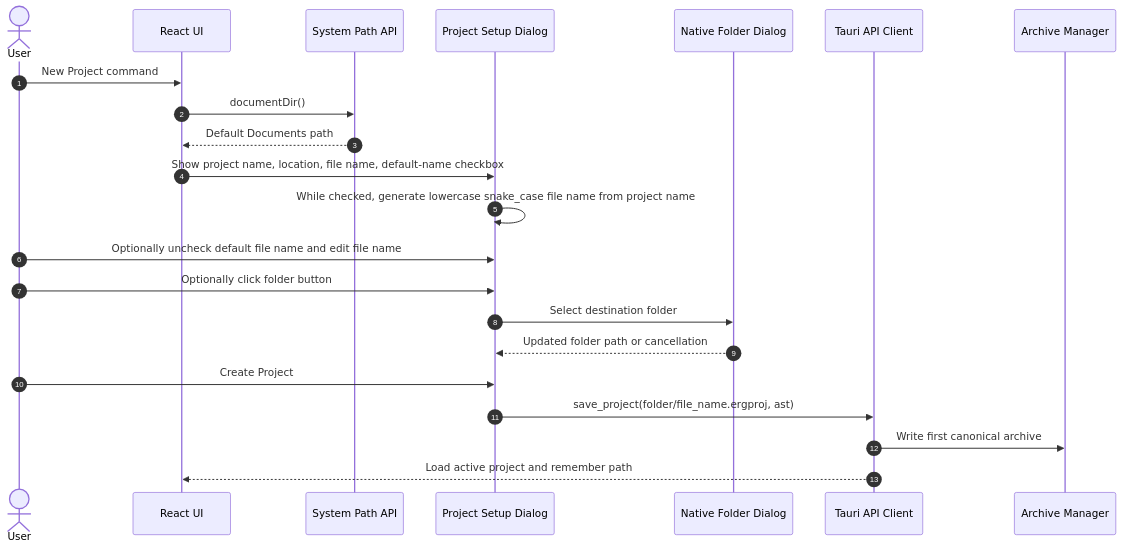
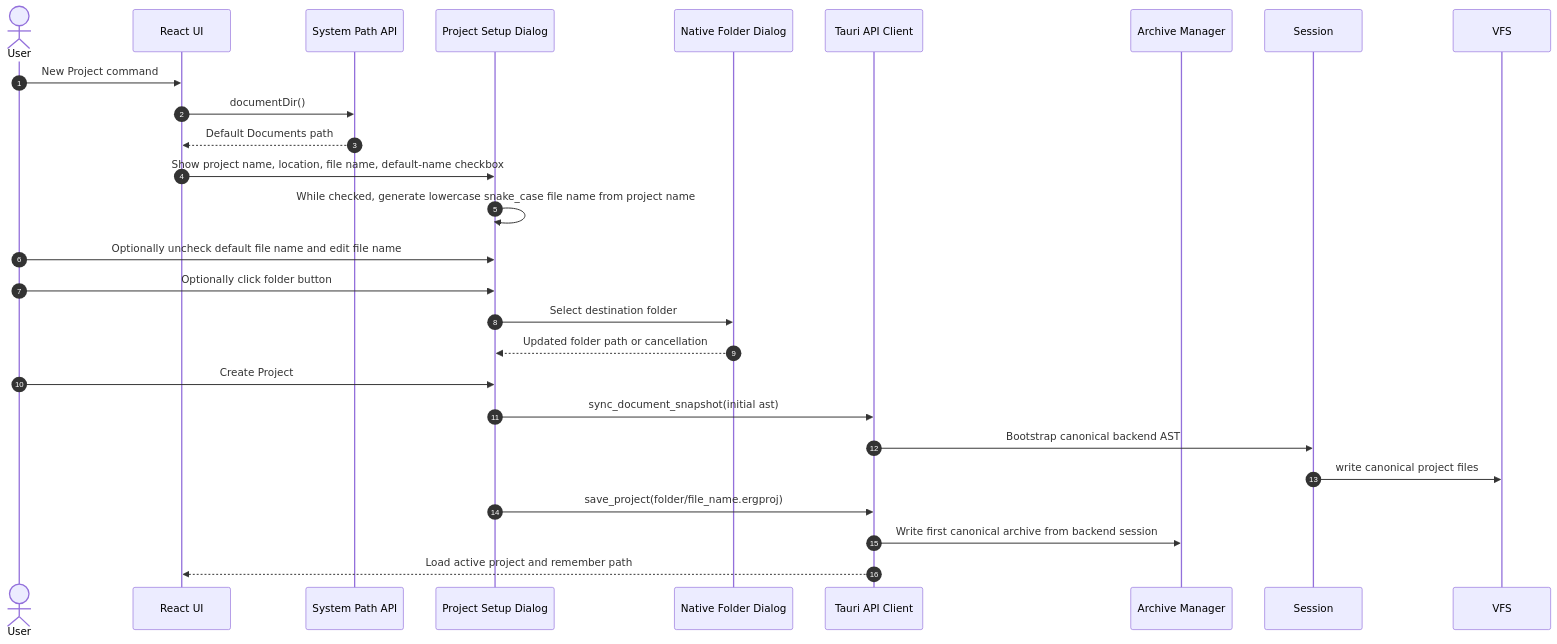
Before and after one commit to andmoreduro/ergo: the third of 11 diagrams in context/sequence-diagrams.md, drawn with Mermaid. The commit also changed other lines of this file and 5 other files, not shown here.

First line of the commit message:
docs: update context diagrams for decoupled architecture

````diff
--- a/context/sequence-diagrams.md
+++ b/context/sequence-diagrams.md
@@ -77,26 +111,29 @@
 ```mermaid
 sequenceDiagram
     autonumber
 
     actor User
     participant UI as React UI
     participant Path as System Path API
     participant Dialog as Project Setup Dialog
     participant OS as Native Folder Dialog
     participant API as Tauri API Client
     participant Archive as Archive Manager
 
     User->>UI: New Project command
     UI->>Path: documentDir()
     Path-->>UI: Default Documents path
     UI->>Dialog: Show project name, location, file name, default-name checkbox
     Dialog->>Dialog: While checked, generate lowercase snake_case file name from project name
     User->>Dialog: Optionally uncheck default file name and edit file name
     User->>Dialog: Optionally click folder button
     Dialog->>OS: Select destination folder
     OS-->>Dialog: Updated folder path or cancellation
     User->>Dialog: Create Project
-    Dialog->>API: save_project(folder/file_name.ergproj, ast)
-    API->>Archive: Write first canonical archive
+    Dialog->>API: sync_document_snapshot(initial ast)
+    API->>Session: Bootstrap canonical backend AST
+    Session->>VFS: write canonical project files
+    Dialog->>API: save_project(folder/file_name.ergproj)
+    API->>Archive: Write first canonical archive from backend session
     API-->>UI: Load active project and remember path
 ```
````
